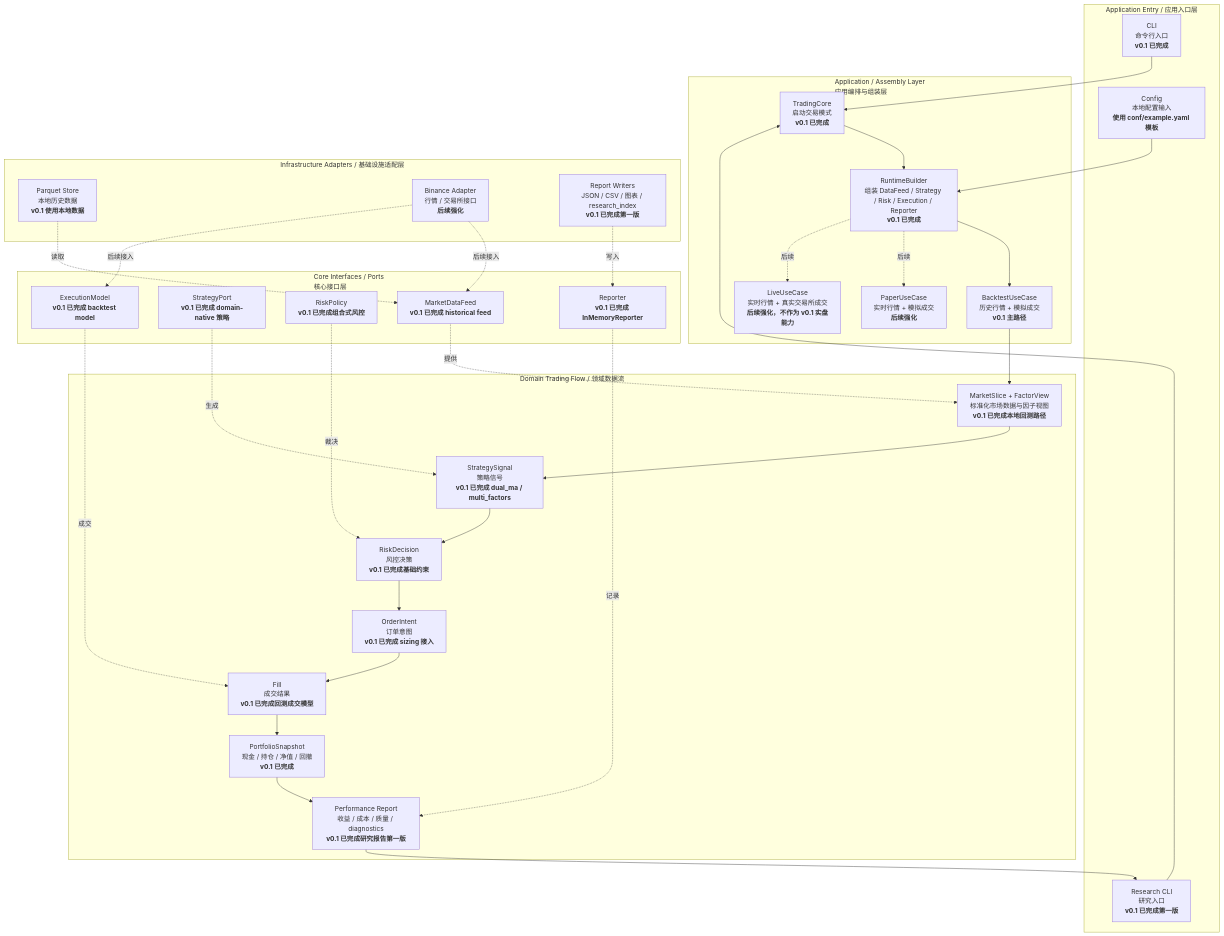
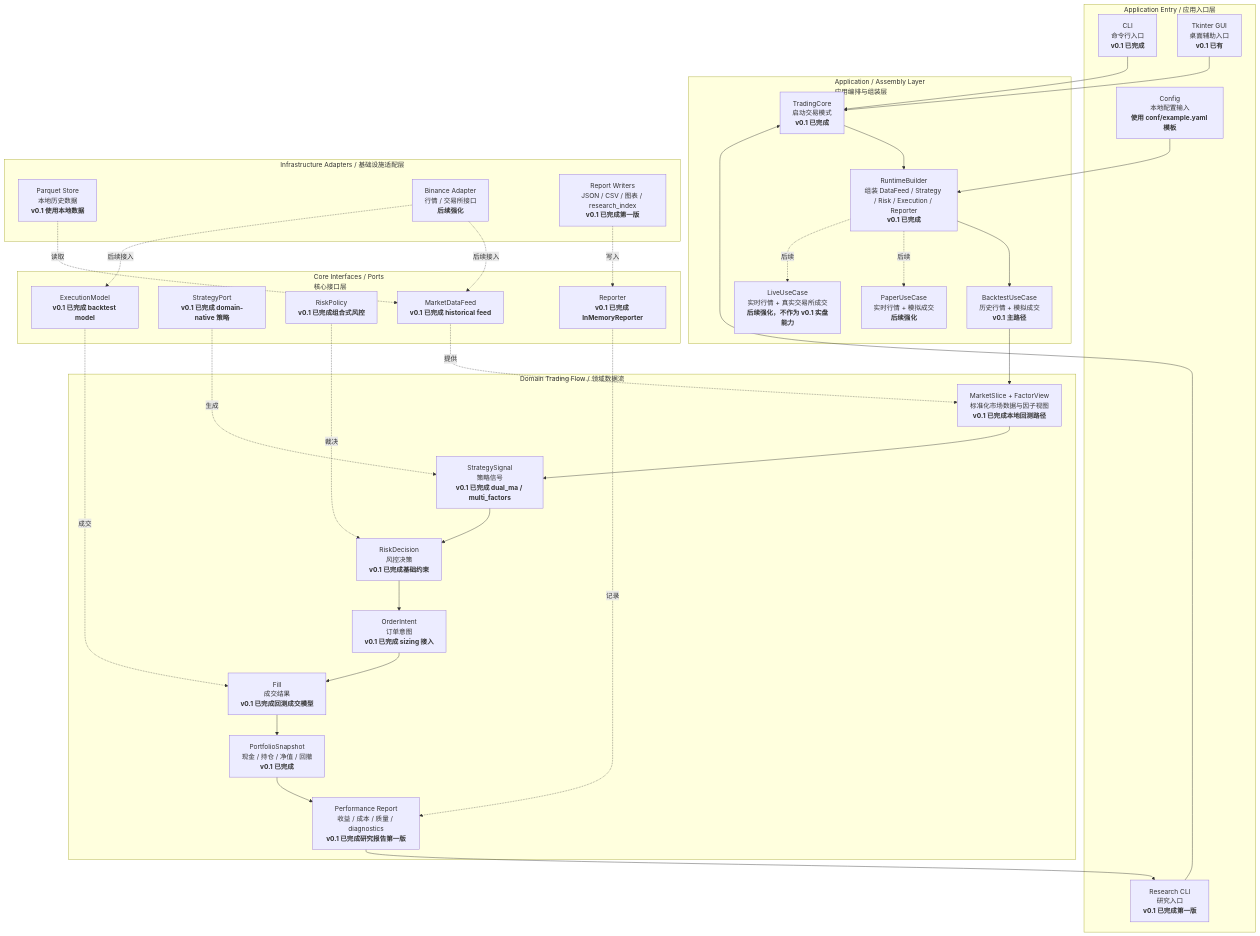
The diagram in README.md (osdajiba/crypto_trader), drawn with Mermaid before and after one commit. The commit also changed other lines of this file and 7 other files, not shown here.

````diff
--- a/README.md
+++ b/README.md
@@ -28,62 +15,64 @@
 ```mermaid
 flowchart TB
     subgraph ENTRY["Application Entry / 应用入口层"]
         CLI["CLI<br/>命令行入口<br/><b>v0.1 已完成</b>"]
         RCLI["Research CLI<br/>研究入口<br/><b>v0.1 已完成第一版</b>"]
+        GUI["Tkinter GUI<br/>桌面辅助入口<br/><b>v0.1 已有</b>"]
         CFG["Config<br/>本地配置输入<br/><b>使用 conf/example.yaml 模板</b>"]
     end
 
     subgraph APP["Application / Assembly Layer<br/>应用编排与组装层"]
         CORE["TradingCore<br/>启动交易模式<br/><b>v0.1 已完成</b>"]
         BUILDER["RuntimeBuilder<br/>组装 DataFeed / Strategy / Risk / Execution / Reporter<br/><b>v0.1 已完成</b>"]
         BT["BacktestUseCase<br/>历史行情 + 模拟成交<br/><b>v0.1 主路径</b>"]
         PT["PaperUseCase<br/>实时行情 + 模拟成交<br/><b>后续强化</b>"]
         LT["LiveUseCase<br/>实时行情 + 真实交易所成交<br/><b>后续强化，不作为 v0.1 实盘能力</b>"]
     end
 
     subgraph DOMAIN["Domain Trading Flow / 领域数据流"]
         MD["MarketSlice + FactorView<br/>标准化市场数据与因子视图<br/><b>v0.1 已完成本地回测路径</b>"]
         SIG["StrategySignal<br/>策略信号<br/><b>v0.1 已完成 dual_ma / multi_factors</b>"]
         RISK["RiskDecision<br/>风控决策<br/><b>v0.1 已完成基础约束</b>"]
         ORDER["OrderIntent<br/>订单意图<br/><b>v0.1 已完成 sizing 接入</b>"]
         FILL["Fill<br/>成交结果<br/><b>v0.1 已完成回测成交模型</b>"]
         PORT["PortfolioSnapshot<br/>现金 / 持仓 / 净值 / 回撤<br/><b>v0.1 已完成</b>"]
         REPORT["Performance Report<br/>收益 / 成本 / 质量 / diagnostics<br/><b>v0.1 已完成研究报告第一版</b>"]
     end
 
     subgraph PORTS["Core Interfaces / Ports<br/>核心接口层"]
         DATAFEED["MarketDataFeed<br/><b>v0.1 已完成 historical feed</b>"]
         STRATEGY["StrategyPort<br/><b>v0.1 已完成 domain-native 策略</b>"]
         RISKPOLICY["RiskPolicy<br/><b>v0.1 已完成组合式风控</b>"]
         EXECMODEL["ExecutionModel<br/><b>v0.1 已完成 backtest model</b>"]
         REPORTER["Reporter<br/><b>v0.1 已完成 InMemoryReporter</b>"]
     end
 
     subgraph INFRA["Infrastructure Adapters / 基础设施适配层"]
         PARQUET["Parquet Store<br/>本地历史数据<br/><b>v0.1 使用本地数据</b>"]
         BINANCE["Binance Adapter<br/>行情 / 交易所接口<br/><b>后续强化</b>"]
         FILES["Report Writers<br/>JSON / CSV / 图表 / research_index<br/><b>v0.1 已完成第一版</b>"]
     end
 
     CLI --> CORE
     RCLI --> CORE
+    GUI --> CORE
     CFG --> BUILDER
     CORE --> BUILDER
     BUILDER --> BT
     BUILDER -.后续.-> PT
     BUILDER -.后续.-> LT
     BT --> MD
     MD --> SIG --> RISK --> ORDER --> FILL --> PORT --> REPORT
     REPORT --> RCLI
 
     DATAFEED -.提供.-> MD
     STRATEGY -.生成.-> SIG
     RISKPOLICY -.裁决.-> RISK
     EXECMODEL -.成交.-> FILL
     REPORTER -.记录.-> REPORT
 
     PARQUET -.读取.-> DATAFEED
     BINANCE -.后续接入.-> DATAFEED
     BINANCE -.后续接入.-> EXECMODEL
     FILES -.写入.-> REPORTER
 ```
````
